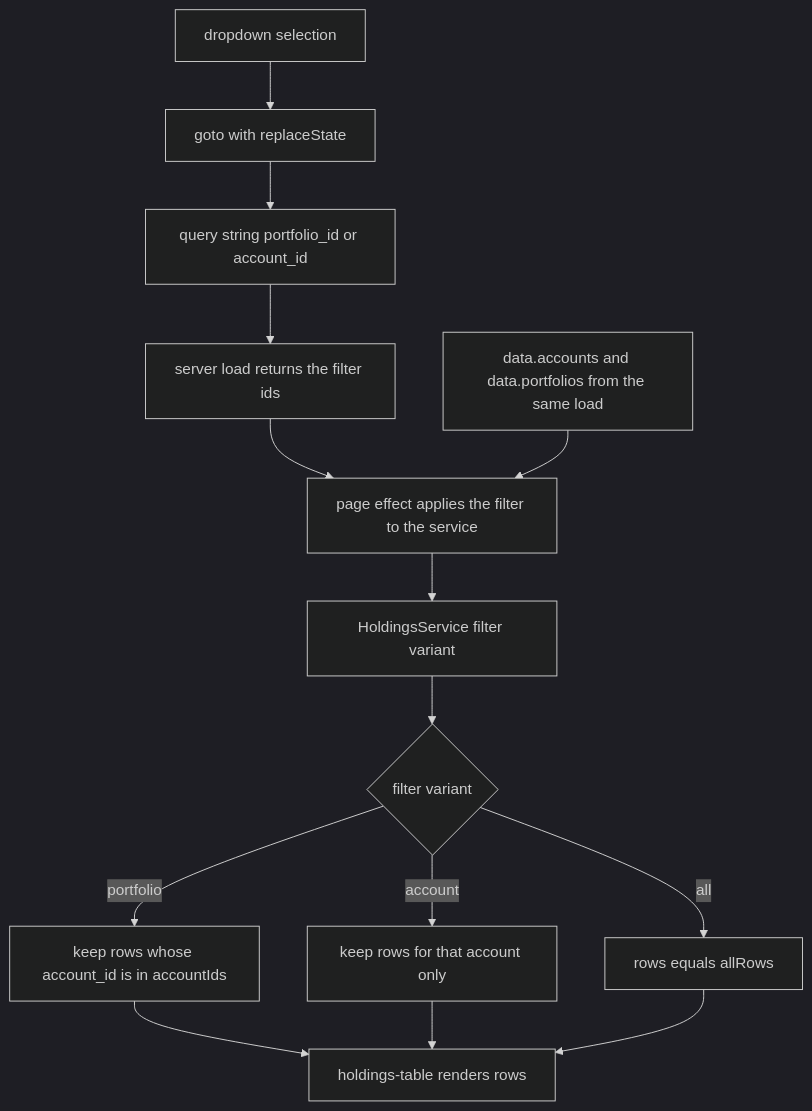
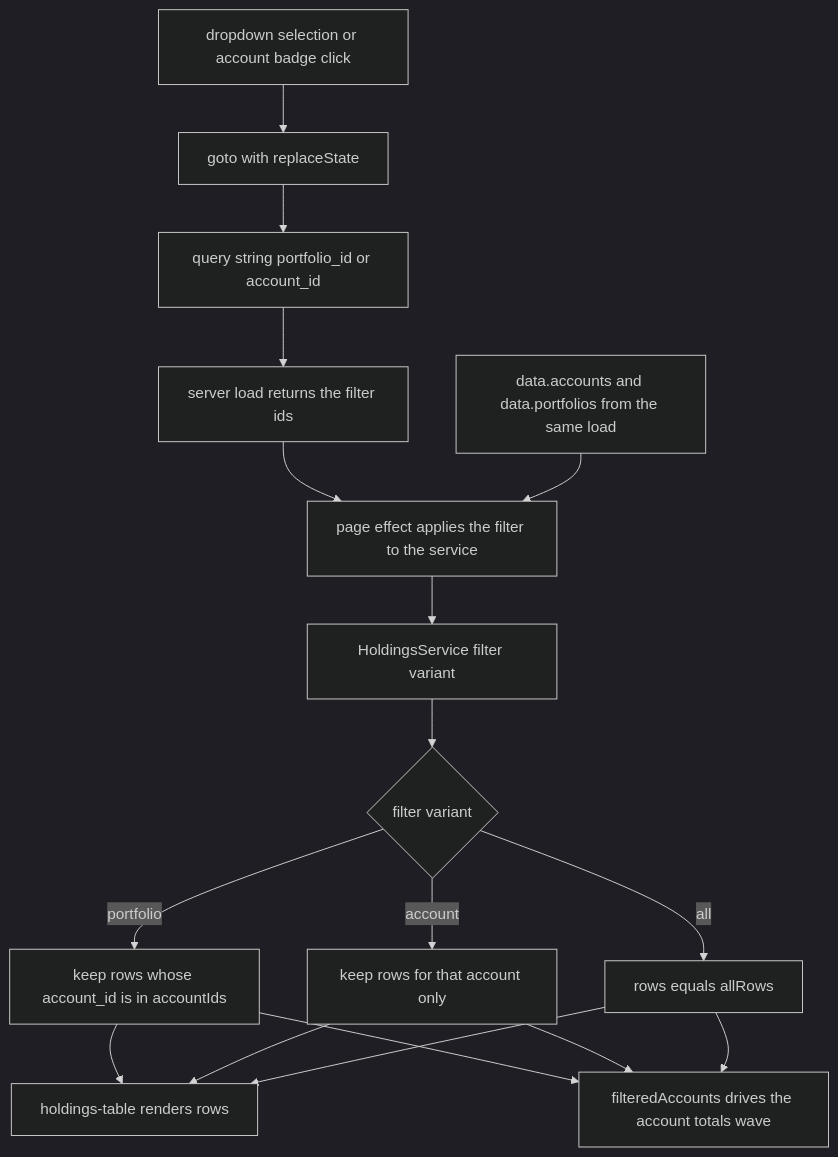
The second of 3 diagrams in openwiki/workflows/accounts-and-holdings-views.md (havekes/retail-portfolio), drawn with Mermaid (dark theme) before and after one commit. The commit also changed other lines of this file and 57 other files, not shown here.

````diff
--- a/openwiki/workflows/accounts-and-holdings-views.md
+++ b/openwiki/workflows/accounts-and-holdings-views.md
@@ -518,16 +620,19 @@
 ```mermaid
 flowchart TD
     Url["query string portfolio_id or account_id"] --> Load["server load returns the filter ids"]
     Load --> Effect["page effect applies the filter to the service"]
     Accounts["data.accounts and data.portfolios from the same load"] --> Effect
     Effect --> State["HoldingsService filter variant"]
     State --> Rows{"filter variant"}
     Rows -->|"portfolio"| ByPortfolio["keep rows whose account_id is in accountIds"]
     Rows -->|"account"| ByAccount["keep rows for that account only"]
     Rows -->|"all"| AllRows["rows equals allRows"]
     ByPortfolio --> Table["holdings-table renders rows"]
     ByAccount --> Table
     AllRows --> Table
-    Pick["dropdown selection"] --> GoTo["goto with replaceState"]
+    ByPortfolio --> TotalsWave["filteredAccounts drives the account totals wave"]
+    ByAccount --> TotalsWave
+    AllRows --> TotalsWave
+    Pick["dropdown selection or account badge click"] --> GoTo["goto with replaceState"]
     GoTo --> Url
 ```
````
